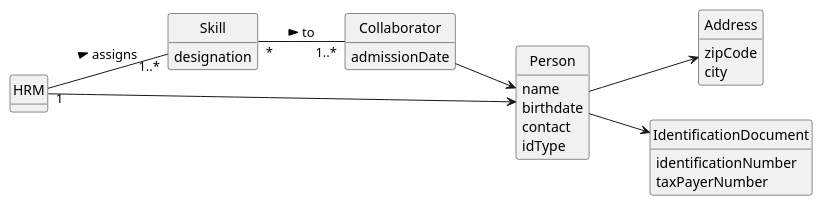
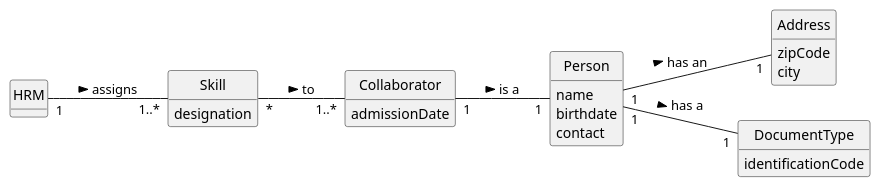
Before and after one commit to ricardomm7/leaflink: the diagram in docs/sprintA/us004/02.analysis/puml/us004-domain-model.puml, drawn with PlantUML. The commit also changed 14 other files, not shown here.

```diff
--- a/docs/sprintA/us004/02.analysis/puml/us004-domain-model.puml
+++ b/docs/sprintA/us004/02.analysis/puml/us004-domain-model.puml
@@ -1,47 +1,44 @@
 @startuml
 skinparam monochrome true
 skinparam packageStyle rectangle
 skinparam shadowing false
 
 skinparam classAttributeIconSize 0
 left to right direction
 
 hide circle
 hide methods
 
 class HRM {
 }
 
 class Skill {
     designation
 }
 
 class Collaborator {
     admissionDate
 }
 
 class Person {
     name
     birthdate
     contact
-    idType
 }
 
 class Address{
     zipCode
     city
 }
 
-class IdentificationDocument{
-  identificationNumber
-  taxPayerNumber
+class DocumentType{
+  identificationCode
 }
 
-Person --> Address
+Person "1"--"1" Address: has an >
 HRM "1" -- "1..*" Skill : assigns >
-HRM  -->  Person
-Collaborator  -->  Person
-Person  -->  IdentificationDocument
+Collaborator  "1"--"1"  Person: is a >
+Person  "1"--"1"  DocumentType: has a >
 
 Skill "*" -- "1..*" Collaborator : to >
 @enduml
```
